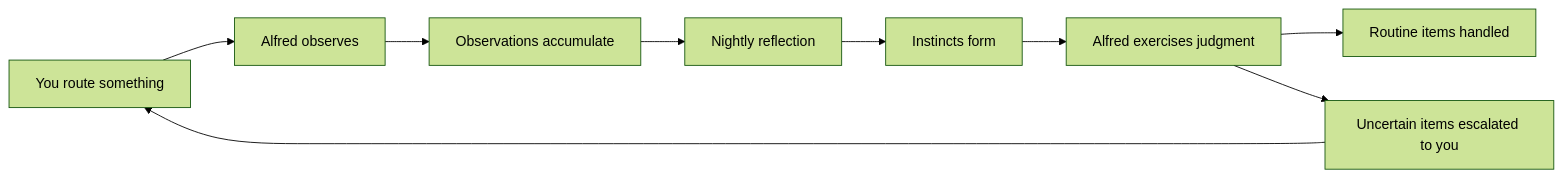
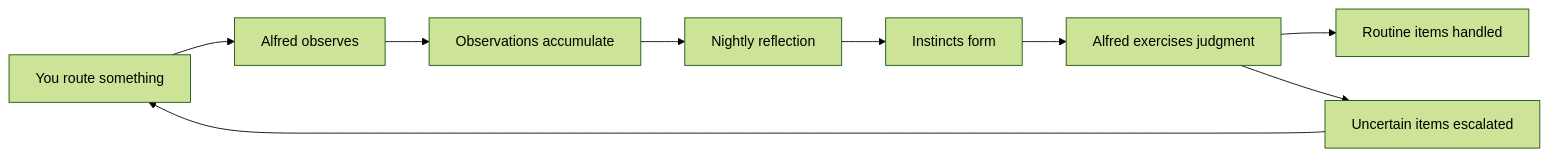
Before and after one commit to ssdavidai/alfred-documentation: the diagram in architecture/semantic.mdx, drawn with Mermaid (forest theme). The commit also changed other lines of this file and 13 other files, not shown here.

First line of the commit message:
Merge feature pages into architecture layers, fix naming and voice

````diff
--- a/architecture/semantic.mdx
+++ b/architecture/semantic.mdx
@@ -52,11 +88,11 @@
 ```mermaid
 graph LR
     A[You route something] --> B[Alfred observes]
     B --> C[Observations accumulate]
     C --> D[Nightly reflection]
     D --> E[Instincts form]
     E --> F[Alfred exercises judgment]
     F --> G[Routine items handled]
-    F --> H[Uncertain items escalated to you]
+    F --> H[Uncertain items escalated]
     H --> A
 ```
````
